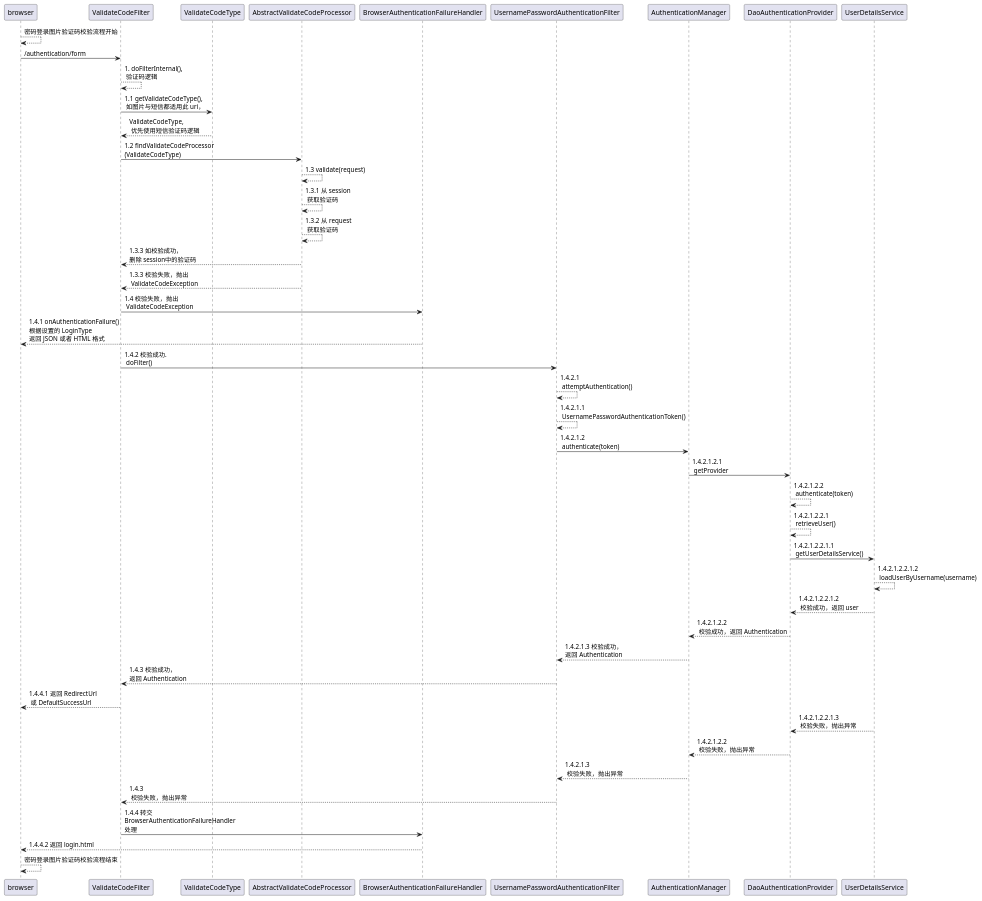
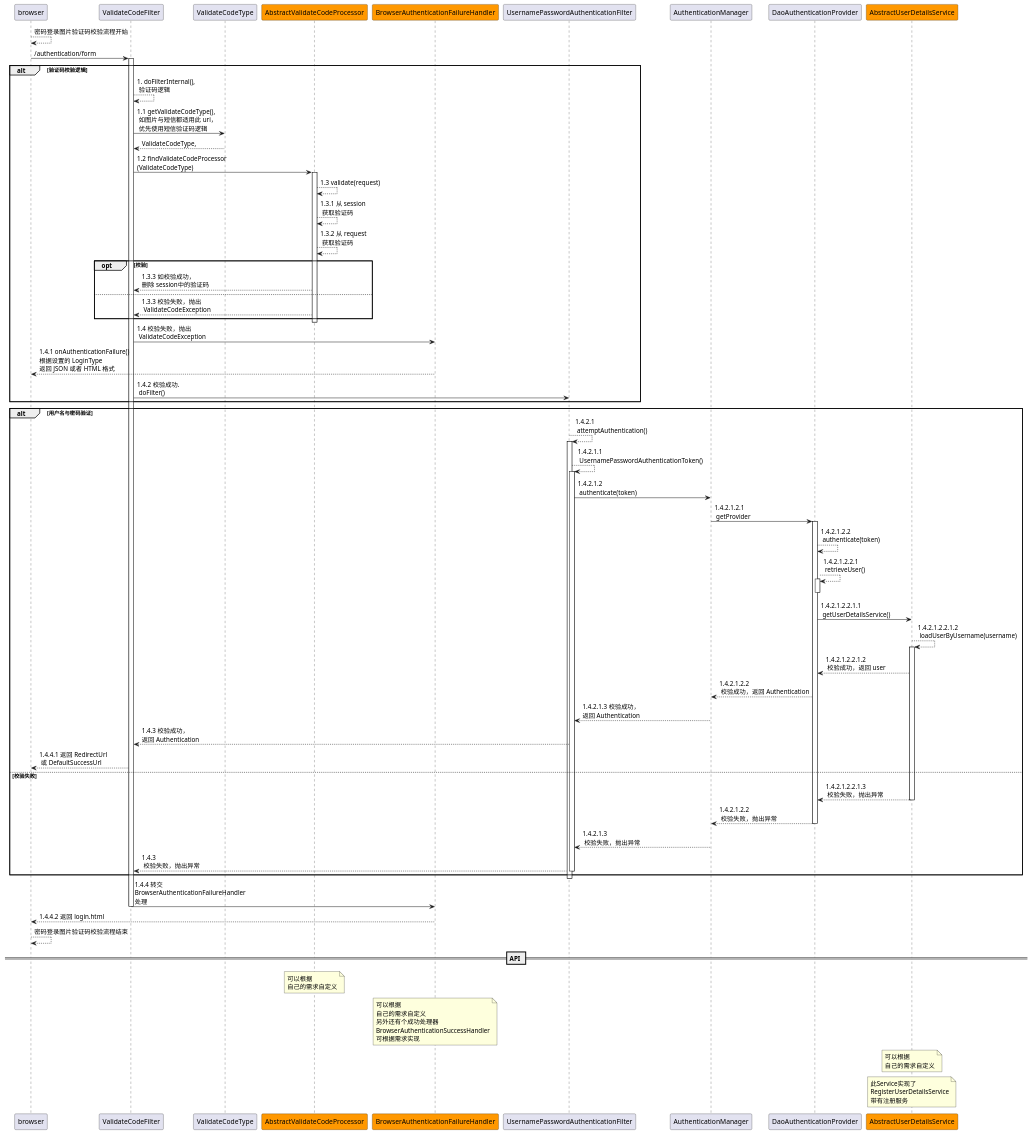
One commit to ZeroOrInfinity/UMS changed the diagram in doc/ImageValidateCodeLogin.puml. Above: the diagram before and after it, drawn with PlantUML. The commit also changed 71 other files, not shown here.

Commit message:
添加各模块的主要功能时序图，继续重构与优化代码，添加注释

```diff
--- a/doc/ImageValidateCodeLogin.puml
+++ b/doc/ImageValidateCodeLogin.puml
@@ -1,50 +1,75 @@
 @startuml
 
 browser --> browser: 密码登录图片验证码校验流程开始
 
 browser -> ValidateCodeFilter: /authentication/form
-
+alt 验证码校验逻辑
+activate ValidateCodeFilter
 ValidateCodeFilter --> ValidateCodeFilter: 1. doFilterInternal(),\n 验证码逻辑
-ValidateCodeFilter -> ValidateCodeType: 1.1 getValidateCodeType(),\n 如图片与短信都适用此 uri，
-ValidateCodeType --> ValidateCodeFilter: ValidateCodeType,\n 优先使用短信验证码逻辑
+ValidateCodeFilter -> ValidateCodeType: 1.1 getValidateCodeType(),\n 如图片与短信都适用此 uri，\n 优先使用短信验证码逻辑
+ValidateCodeType --> ValidateCodeFilter: ValidateCodeType,
+participant AbstractValidateCodeProcessor #ff9800
 ValidateCodeFilter -> AbstractValidateCodeProcessor: 1.2 findValidateCodeProcessor\n(ValidateCodeType)
-
+activate AbstractValidateCodeProcessor
 AbstractValidateCodeProcessor --> AbstractValidateCodeProcessor: 1.3 validate(request)
 AbstractValidateCodeProcessor --> AbstractValidateCodeProcessor: 1.3.1 从 session\n 获取验证码
 AbstractValidateCodeProcessor --> AbstractValidateCodeProcessor: 1.3.2 从 request\n 获取验证码
+opt 校验
 AbstractValidateCodeProcessor --> ValidateCodeFilter: 1.3.3 如校验成功，\n删除 session中的验证码
-
+else
 AbstractValidateCodeProcessor --> ValidateCodeFilter: 1.3.3 校验失败，抛出\n ValidateCodeException
+end
+deactivate AbstractValidateCodeProcessor
+participant BrowserAuthenticationFailureHandler #ff9800
 ValidateCodeFilter -> BrowserAuthenticationFailureHandler: 1.4 校验失败，抛出\n ValidateCodeException
 BrowserAuthenticationFailureHandler --> browser: 1.4.1 onAuthenticationFailure()\n根据设置的 LoginType \n返回 JSON 或者 HTML 格式
 
 ValidateCodeFilter -> UsernamePasswordAuthenticationFilter: 1.4.2 校验成功.\n doFilter()
+end
+alt 用户名与密码验证
 UsernamePasswordAuthenticationFilter --> UsernamePasswordAuthenticationFilter: 1.4.2.1\n attemptAuthentication()
+activate UsernamePasswordAuthenticationFilter
 UsernamePasswordAuthenticationFilter --> UsernamePasswordAuthenticationFilter: 1.4.2.1.1 \n UsernamePasswordAuthenticationToken()
+activate UsernamePasswordAuthenticationFilter
 UsernamePasswordAuthenticationFilter -> AuthenticationManager: 1.4.2.1.2\n authenticate(token)
 
 AuthenticationManager -> DaoAuthenticationProvider: 1.4.2.1.2.1\n getProvider
+activate DaoAuthenticationProvider
 DaoAuthenticationProvider --> DaoAuthenticationProvider: 1.4.2.1.2.2\n authenticate(token)
 DaoAuthenticationProvider --> DaoAuthenticationProvider: 1.4.2.1.2.2.1\n retrieveUser()
-DaoAuthenticationProvider -> UserDetailsService: 1.4.2.1.2.2.1.1\n getUserDetailsService()
-
-UserDetailsService --> UserDetailsService: 1.4.2.1.2.2.1.2\n loadUserByUsername(username)
-UserDetailsService --> DaoAuthenticationProvider: 1.4.2.1.2.2.1.2\n 校验成功，返回 user
+activate DaoAuthenticationProvider
+deactivate DaoAuthenticationProvider
+participant AbstractUserDetailsService #ff9800
+DaoAuthenticationProvider -> AbstractUserDetailsService: 1.4.2.1.2.2.1.1\n getUserDetailsService()
+AbstractUserDetailsService --> AbstractUserDetailsService: 1.4.2.1.2.2.1.2\n loadUserByUsername(username)
+activate AbstractUserDetailsService
+AbstractUserDetailsService --> DaoAuthenticationProvider: 1.4.2.1.2.2.1.2\n 校验成功，返回 user
 DaoAuthenticationProvider --> AuthenticationManager: 1.4.2.1.2.2\n 校验成功，返回 Authentication
 
 AuthenticationManager --> UsernamePasswordAuthenticationFilter: 1.4.2.1.3 校验成功，\n返回 Authentication
 UsernamePasswordAuthenticationFilter --> ValidateCodeFilter: 1.4.3 校验成功，\n返回 Authentication
 
 ValidateCodeFilter --> browser: 1.4.4.1 返回 RedirectUrl\n 或 DefaultSuccessUrl
-
-UserDetailsService --> DaoAuthenticationProvider: 1.4.2.1.2.2.1.3\n 校验失败，抛出异常
+else 校验失败
+AbstractUserDetailsService --> DaoAuthenticationProvider: 1.4.2.1.2.2.1.3\n 校验失败，抛出异常
+deactivate AbstractUserDetailsService
 DaoAuthenticationProvider --> AuthenticationManager: 1.4.2.1.2.2\n 校验失败，抛出异常
-
+deactivate DaoAuthenticationProvider
 AuthenticationManager --> UsernamePasswordAuthenticationFilter: 1.4.2.1.3\n 校验失败，抛出异常
 UsernamePasswordAuthenticationFilter --> ValidateCodeFilter: 1.4.3\n 校验失败，抛出异常
+deactivate UsernamePasswordAuthenticationFilter
+end
+deactivate UsernamePasswordAuthenticationFilter
 ValidateCodeFilter -> BrowserAuthenticationFailureHandler: 1.4.4 转交\nBrowserAuthenticationFailureHandler\n处理
+deactivate ValidateCodeFilter
 BrowserAuthenticationFailureHandler --> browser: 1.4.4.2 返回 login.html
 
 browser --> browser: 密码登录图片验证码校验流程结束
 
+== API ==
+note over AbstractValidateCodeProcessor: 可以根据\n自己的需求自定义
+note over BrowserAuthenticationFailureHandler: 可以根据\n自己的需求自定义\n另外还有个成功处理器\nBrowserAuthenticationSuccessHandler\n可根据需求实现
+note over AbstractUserDetailsService: 可以根据\n自己的需求自定义
+note over AbstractUserDetailsService: 此Service实现了\nRegisterUserDetailsService\n带有注册服务
+
 @enduml
```
